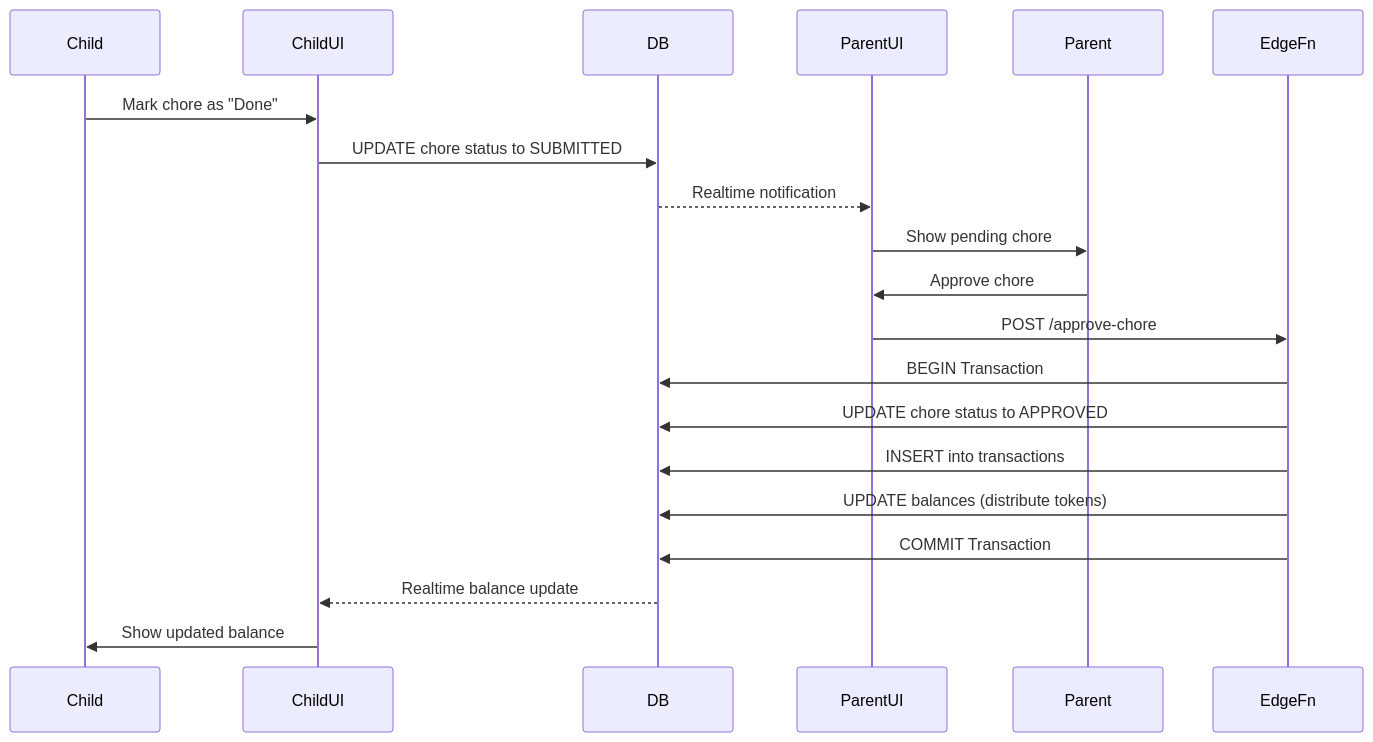
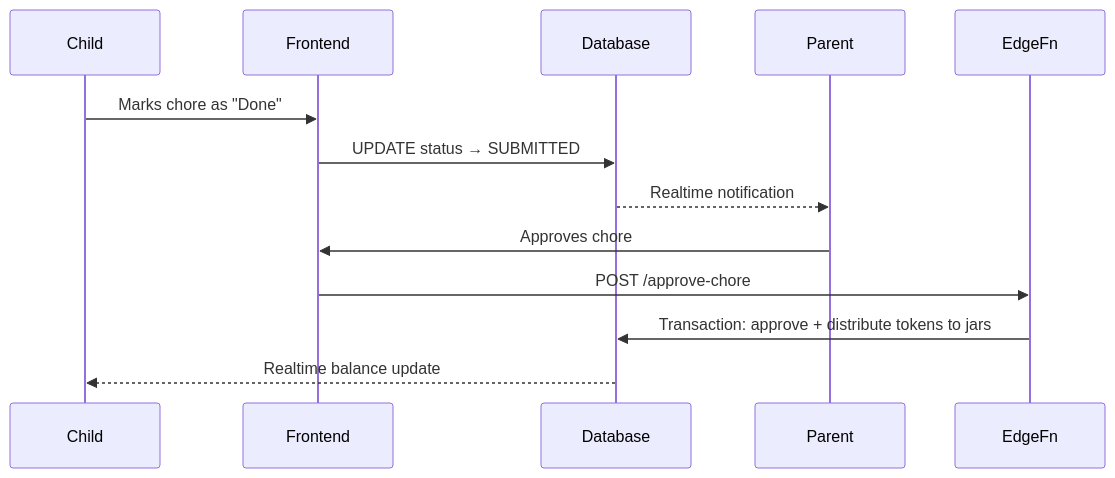
The second of 2 diagrams in README.md (anushayatirajula-lab/familybank), drawn with Mermaid before and after one commit. The commit also changed other lines of this file, not shown here.

````diff
--- a/README.md
+++ b/README.md
@@ -101,23 +182,16 @@
 ```mermaid
 sequenceDiagram
     participant Child
-    participant ChildUI
-    participant DB
-    participant ParentUI
+    participant Frontend
+    participant Database
     participant Parent
     participant EdgeFn
-    
-    Child->>ChildUI: Mark chore as "Done"
-    ChildUI->>DB: UPDATE chore status to SUBMITTED
-    DB-->>ParentUI: Realtime notification
-    ParentUI->>Parent: Show pending chore
-    Parent->>ParentUI: Approve chore
-    ParentUI->>EdgeFn: POST /approve-chore
-    EdgeFn->>DB: BEGIN Transaction
-    EdgeFn->>DB: UPDATE chore status to APPROVED
-    EdgeFn->>DB: INSERT into transactions
-    EdgeFn->>DB: UPDATE balances (distribute tokens)
-    EdgeFn->>DB: COMMIT Transaction
-    DB-->>ChildUI: Realtime balance update
-    ChildUI->>Child: Show updated balance
+
+    Child->>Frontend: Marks chore as "Done"
+    Frontend->>Database: UPDATE status → SUBMITTED
+    Database-->>Parent: Realtime notification
+    Parent->>Frontend: Approves chore
+    Frontend->>EdgeFn: POST /approve-chore
+    EdgeFn->>Database: Transaction: approve + distribute tokens to jars
+    Database-->>Child: Realtime balance update
 ```
````
